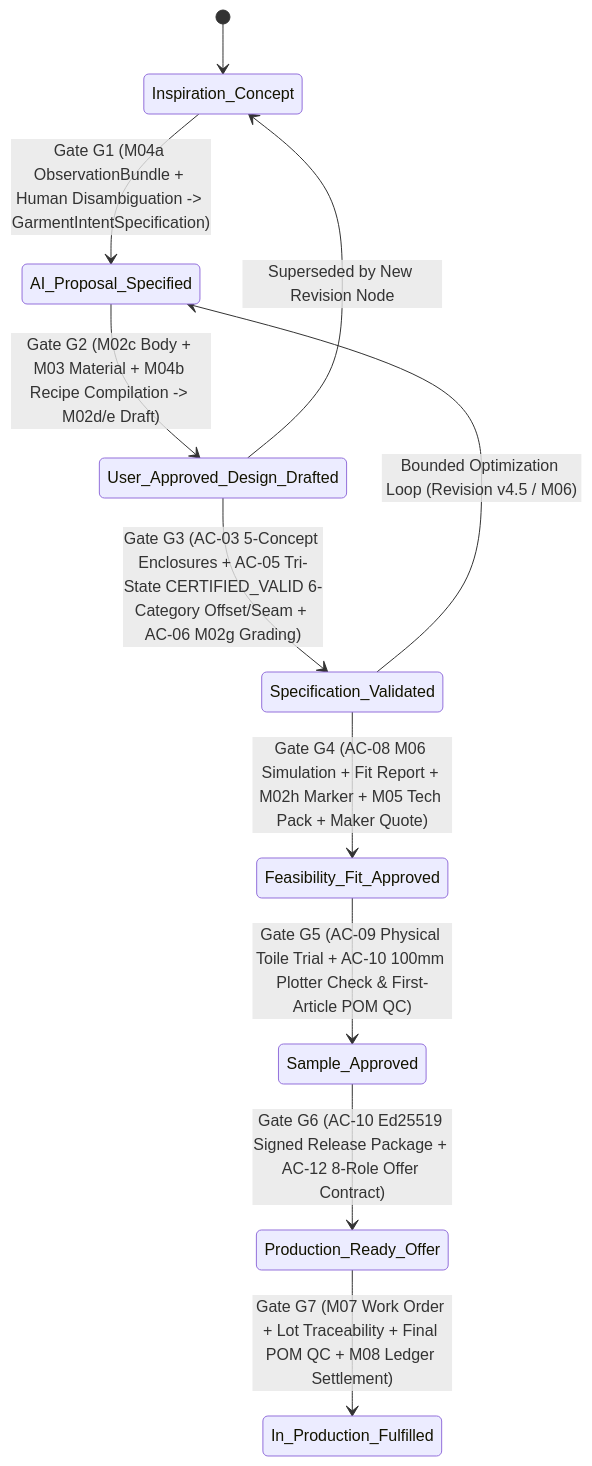
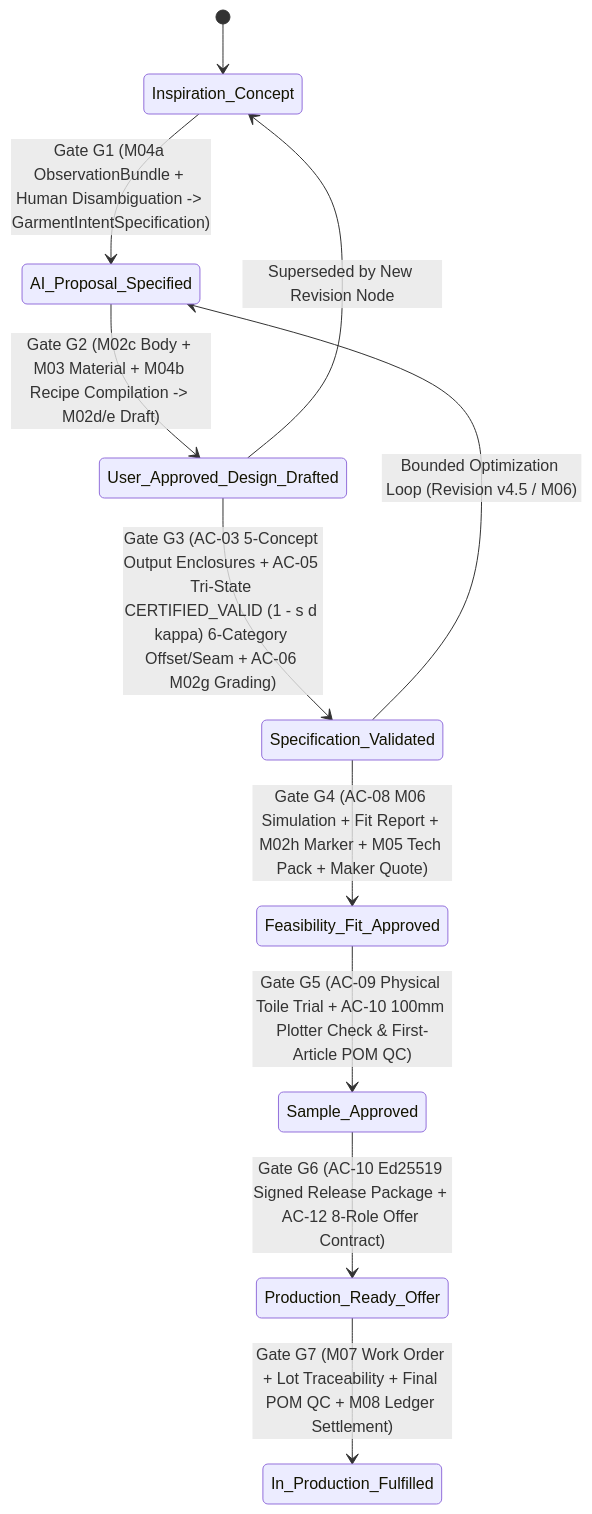
Before and after one commit to bobcris/Patroner-: the diagram in plan/10_RELEASE_AND_GOVERNANCE_POLICY.md, drawn with Mermaid. The commit also changed other lines of this file and 17 other files, not shown here.

````diff
--- a/plan/10_RELEASE_AND_GOVERNANCE_POLICY.md
+++ b/plan/10_RELEASE_AND_GOVERNANCE_POLICY.md
@@ -13,13 +16,13 @@
 ```mermaid
 stateDiagram-v2
   [*] --> Inspiration_Concept
   Inspiration_Concept --> AI_Proposal_Specified : Gate G1 (M04a ObservationBundle + Human Disambiguation -> GarmentIntentSpecification)
   AI_Proposal_Specified --> User_Approved_Design_Drafted : Gate G2 (M02c Body + M03 Material + M04b Recipe Compilation -> M02d/e Draft)
-  User_Approved_Design_Drafted --> Specification_Validated : Gate G3 (AC-03 5-Concept Enclosures + AC-05 Tri-State CERTIFIED_VALID 6-Category Offset/Seam + AC-06 M02g Grading)
+  User_Approved_Design_Drafted --> Specification_Validated : Gate G3 (AC-03 5-Concept Output Enclosures + AC-05 Tri-State CERTIFIED_VALID (1 - s d kappa) 6-Category Offset/Seam + AC-06 M02g Grading)
   Specification_Validated --> Feasibility_Fit_Approved : Gate G4 (AC-08 M06 Simulation + Fit Report + M02h Marker + M05 Tech Pack + Maker Quote)
   Feasibility_Fit_Approved --> Sample_Approved : Gate G5 (AC-09 Physical Toile Trial + AC-10 100mm Plotter Check & First-Article POM QC)
   Sample_Approved --> Production_Ready_Offer : Gate G6 (AC-10 Ed25519 Signed Release Package + AC-12 8-Role Offer Contract)
   Production_Ready_Offer --> In_Production_Fulfilled : Gate G7 (M07 Work Order + Lot Traceability + Final POM QC + M08 Ledger Settlement)
   User_Approved_Design_Drafted --> Inspiration_Concept : Superseded by New Revision Node
   Specification_Validated --> AI_Proposal_Specified : Bounded Optimization Loop (Revision v4.5 / M06)
 ```
````
